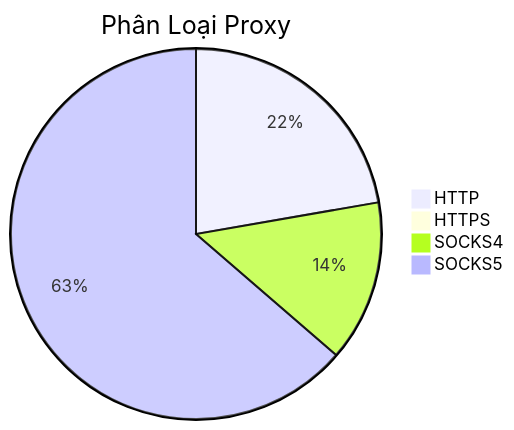
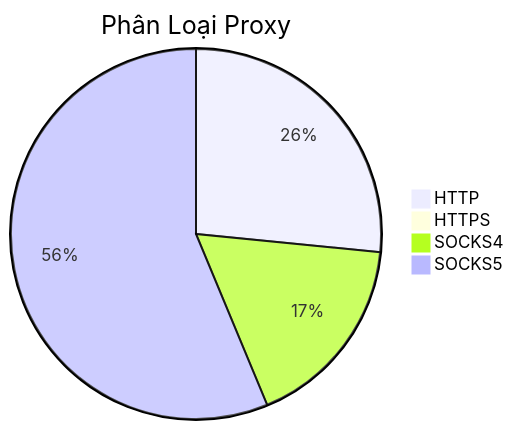
One commit to Ciara-Aa/PROXY-free changed the diagram in README.md. Above: the diagram before and after it, drawn with Mermaid. The commit also changed other lines of this file and 4 other files, not shown here.

````diff
--- a/README.md
+++ b/README.md
@@ -26,7 +26,7 @@
 ```mermaid
 pie title Phân Loại Proxy
-    "HTTP" : 454
-    "HTTPS" : 6
-    "SOCKS4" : 287
-    "SOCKS5" : 1298
+    "HTTP" : 533
+    "HTTPS" : 13
+    "SOCKS4" : 344
+    "SOCKS5" : 1129
 ```
````
